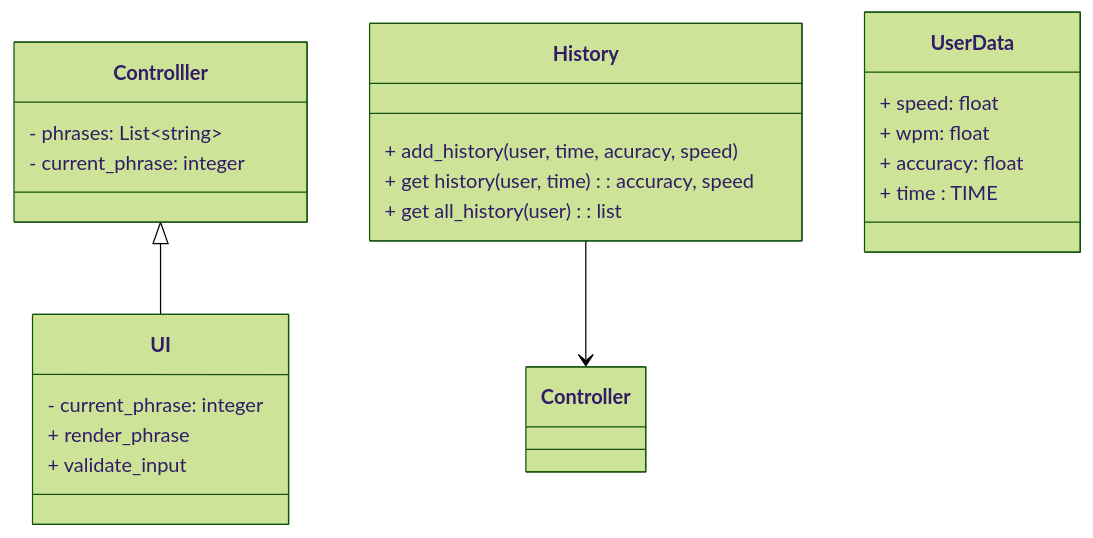
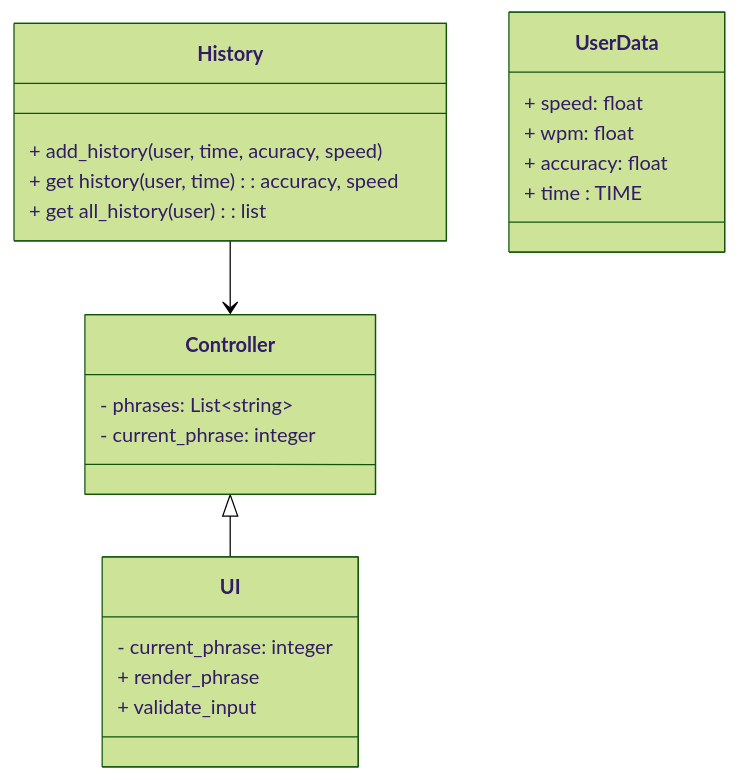
The diagram in README.md (imiziuk/tippitytappity-design), drawn with Mermaid (forest theme) before and after one commit.

Commit message:
Fix typo in 'Controller' class name

````diff
--- a/README.md
+++ b/README.md
@@ -8,26 +8,26 @@
 ```mermaid
 classDiagram
-  Controlller <|-- UI
+  Controller <|-- UI
   History --> Controller
 
   class UserData{
         + speed: float
         + wpm: float
         + accuracy: float
         + time : TIME
   }
   class UI{
     - current_phrase: integer
     + render_phrase
     + validate_input
   }
-  class Controlller{
+  class Controller{
     - phrases: List~string~
     - current_phrase: integer 
   }
   class History{
      + add_history(user, time, acuracy, speed)
      + get history(user, time) : accuracy, speed
      + get all_history(user) : list<history(user over time)
   }
 ```
````
